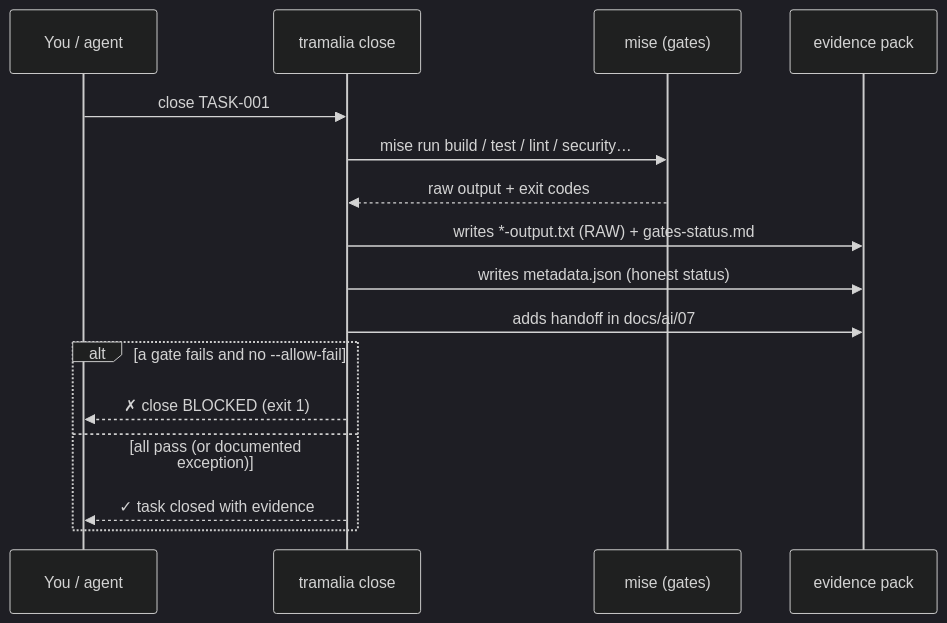
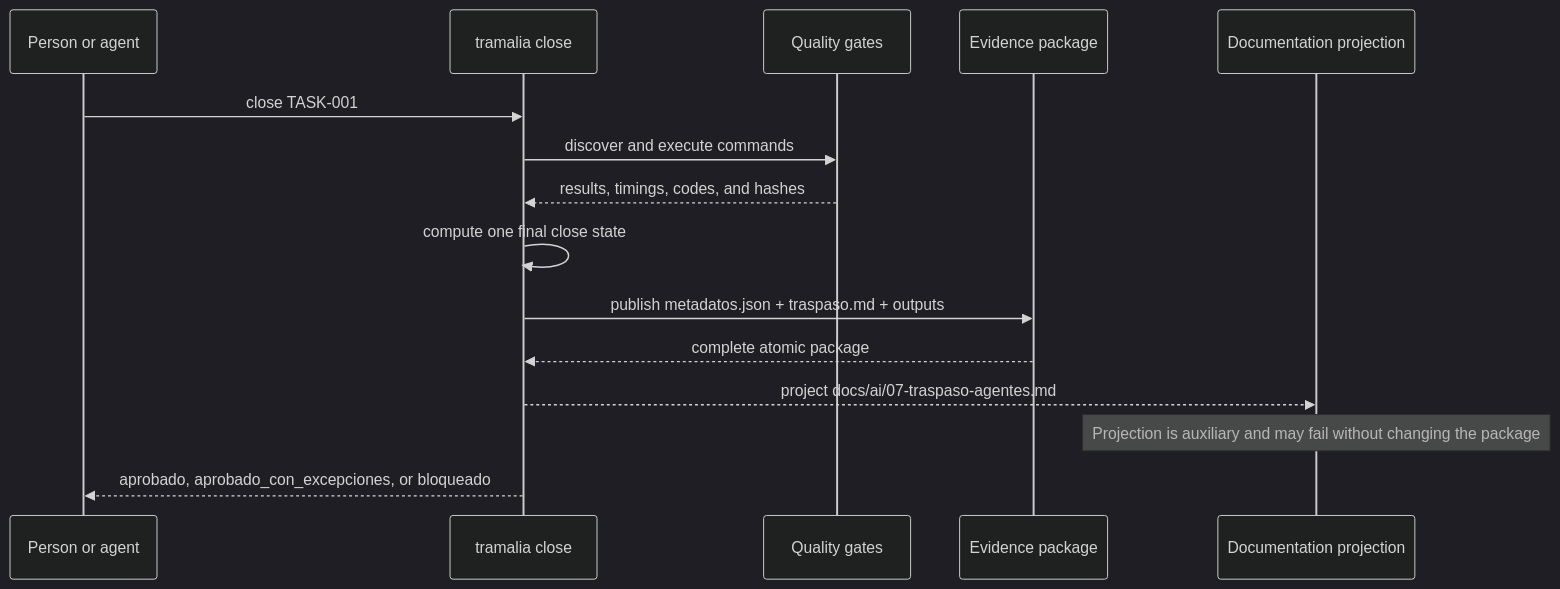
Before and after one commit to MscottB/tramalia: the second of 2 diagrams in docs/flujo-completo.en.md, drawn with Mermaid (dark theme). The commit also changed other lines of this file and 14 other files, not shown here.

````diff
--- a/docs/flujo-completo.en.md
+++ b/docs/flujo-completo.en.md
@@ -24,18 +52,17 @@
 ```mermaid
 sequenceDiagram
-    participant U as You / agent
+    participant U as Person or agent
     participant T as tramalia close
-    participant M as mise (gates)
-    participant E as evidence pack
+    participant G as Quality gates
+    participant E as Evidence package
+    participant D as Documentation projection
     U->>T: close TASK-001
-    T->>M: mise run build / test / lint / security…
-    M-->>T: raw output + exit codes
-    T->>E: writes *-output.txt (RAW) + gates-status.md
-    T->>E: writes metadata.json (honest status)
-    T->>E: adds handoff in docs/ai/07
-    alt a gate fails and no --allow-fail
-        T-->>U: ✗ close BLOCKED (exit 1)
-    else all pass (or documented exception)
-        T-->>U: ✓ task closed with evidence
-    end
+    T->>G: discover and execute commands
+    G-->>T: results, timings, codes, and hashes
+    T->>T: compute one final close state
+    T->>E: publish metadatos.json + traspaso.md + outputs
+    E-->>T: complete atomic package
+    T-->>D: project docs/ai/07-traspaso-agentes.md
+    Note over D: Projection is auxiliary and may fail without changing the package
+    T-->>U: aprobado, aprobado_con_excepciones, or bloqueado
 ```
````
